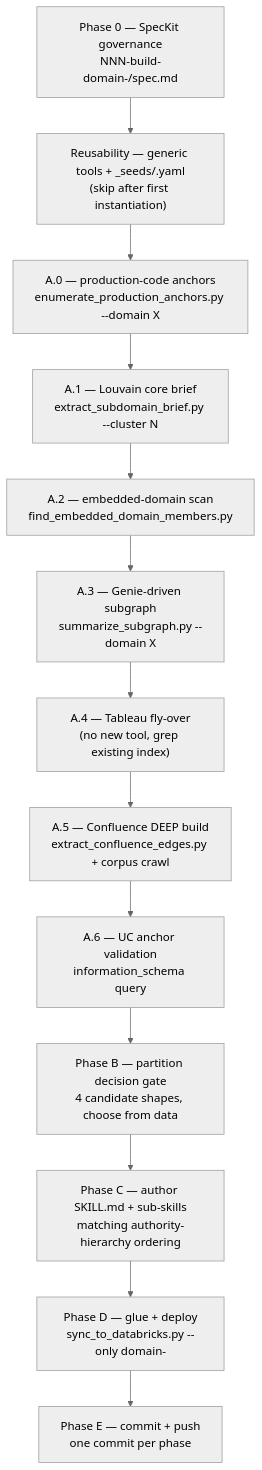
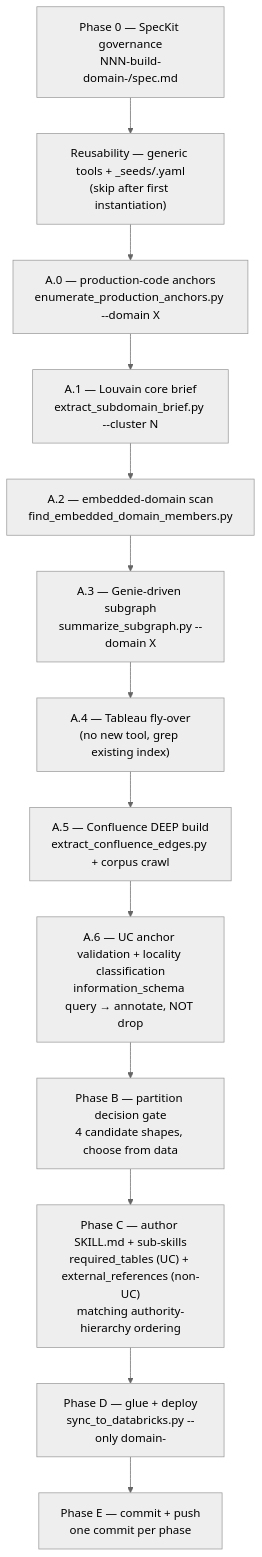
The diagram in .specify/templates/domain-build-template.md (guyman-tr/Databricks_Knowledge), drawn with Mermaid (neutral theme) before and after one commit. The commit also changed other lines of this file and 5 other files, not shown here.

````diff
--- a/.specify/templates/domain-build-template.md
+++ b/.specify/templates/domain-build-template.md
@@ -49,18 +49,18 @@
 ```mermaid
 graph TB
     P0["Phase 0 — SpecKit governance<br/>NNN-build-domain-<name>/spec.md"]
     R["Reusability — generic tools + _seeds/<domain>.yaml<br/>(skip after first instantiation)"]
     A0["A.0 — production-code anchors<br/>enumerate_production_anchors.py --domain X"]
     A1["A.1 — Louvain core brief<br/>extract_subdomain_brief.py --cluster N"]
     A2["A.2 — embedded-domain scan<br/>find_embedded_domain_members.py"]
     A3["A.3 — Genie-driven subgraph<br/>summarize_subgraph.py --domain X"]
     A4["A.4 — Tableau fly-over<br/>(no new tool, grep existing index)"]
     A5["A.5 — Confluence DEEP build<br/>extract_confluence_edges.py + corpus crawl"]
-    A6["A.6 — UC anchor validation<br/>information_schema query"]
+    A6["A.6 — UC anchor validation + locality classification<br/>information_schema query → annotate, NOT drop"]
     B["Phase B — partition decision gate<br/>4 candidate shapes, choose from data"]
-    C["Phase C — author SKILL.md + sub-skills<br/>matching authority-hierarchy ordering"]
+    C["Phase C — author SKILL.md + sub-skills<br/>required_tables (UC) + external_references (non-UC)<br/>matching authority-hierarchy ordering"]
     D["Phase D — glue + deploy<br/>sync_to_databricks.py --only domain-<name>"]
     E["Phase E — commit + push<br/>one commit per phase"]
 
     P0 --> R --> A0 --> A1 --> A2 --> A3 --> A4 --> A5 --> A6 --> B --> C --> D --> E
 ```
````
